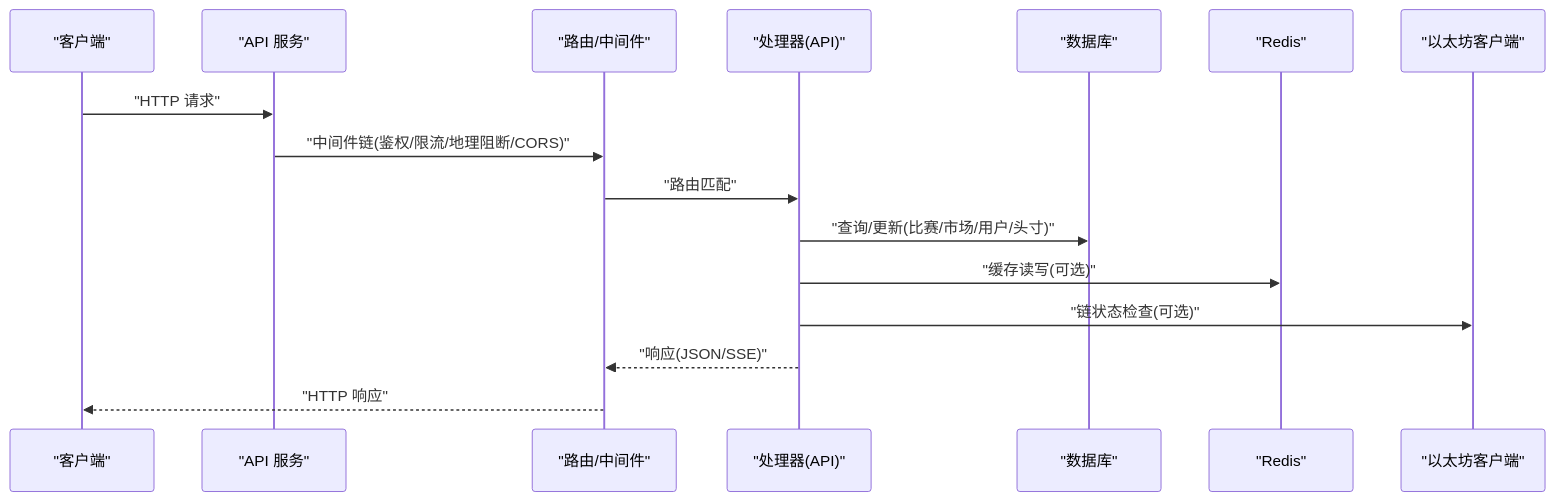
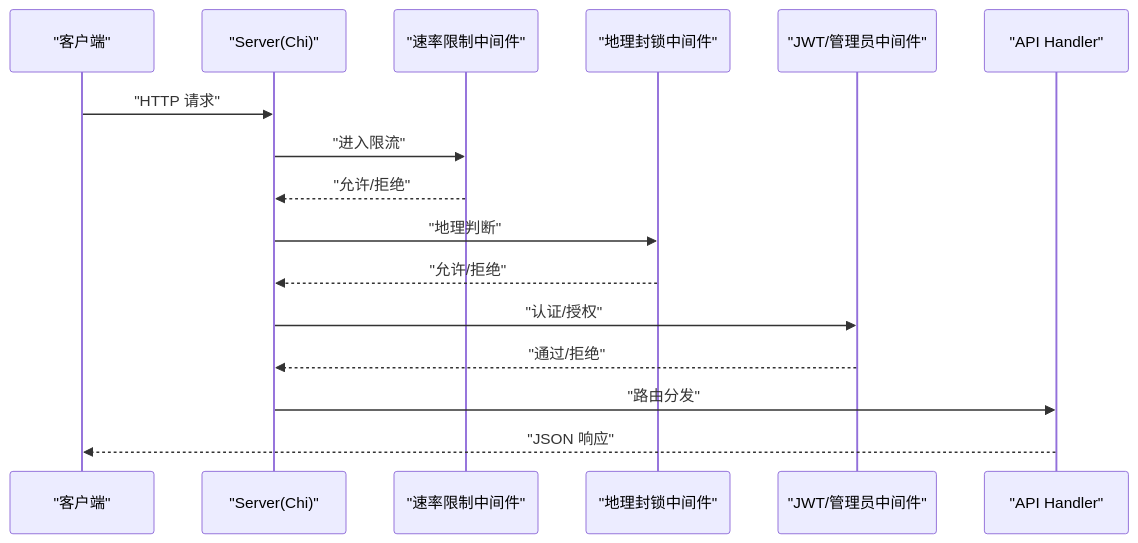
Before and after one commit to SimonHofman/PredictionDIDSimple: the third of 8 diagrams in backend/.qoder/repowiki/zh/content/架构设计/整体架构.md, drawn with Mermaid. The commit also changed other lines of this file and 162 other files, not shown here.

````diff
--- a/backend/.qoder/repowiki/zh/content/架构设计/整体架构.md
+++ b/backend/.qoder/repowiki/zh/content/架构设计/整体架构.md
@@ -171,18 +186,18 @@
 ```mermaid
 sequenceDiagram
 participant C as "客户端"
-participant S as "API 服务"
-participant R as "路由/中间件"
-participant H as "处理器(API)"
-participant DB as "数据库"
-participant RC as "Redis"
-participant BC as "以太坊客户端"
+participant S as "Server(Chi)"
+participant RL as "速率限制中间件"
+participant GEO as "地理封锁中间件"
+participant AUTH as "JWT/管理员中间件"
+participant H as "API Handler"
 C->>S : "HTTP 请求"
-S->>R : "中间件链(鉴权/限流/地理阻断/CORS)"
-R->>H : "路由匹配"
-H->>DB : "查询/更新(比赛/市场/用户/头寸)"
-H->>RC : "缓存读写(可选)"
-H->>BC : "链状态检查(可选)"
-H-->>R : "响应(JSON/SSE)"
-R-->>C : "HTTP 响应"
+S->>RL : "进入限流"
+RL-->>S : "允许/拒绝"
+S->>GEO : "地理判断"
+GEO-->>S : "允许/拒绝"
+S->>AUTH : "认证/授权"
+AUTH-->>S : "通过/拒绝"
+S->>H : "路由分发"
+H-->>C : "JSON 响应"
 ```
````
